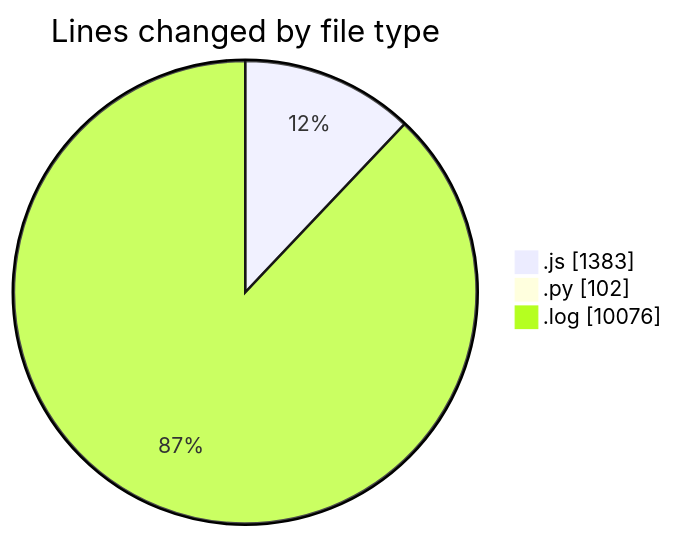
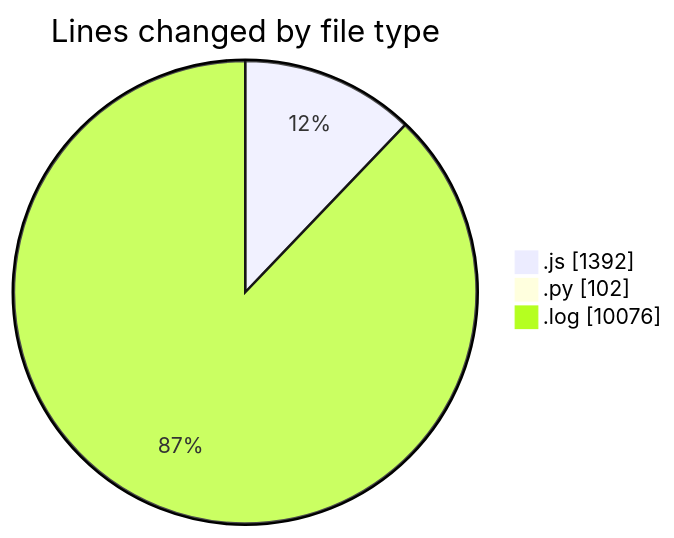
Before and after one commit to nxtqubesakshisongat/code-tracking: the first of 2 diagrams in 2025-04-14/nxtqube_webapp/README.md, drawn with Mermaid. The commit also changed other lines of this file and 1 other file, not shown here.

````diff
--- a/2025-04-14/nxtqube_webapp/README.md
+++ b/2025-04-14/nxtqube_webapp/README.md
@@ -26,7 +26,7 @@
 ```mermaid
 pie showData
 title Lines changed by file type
-".js" : 1383
+".js" : 1392
 ".py" : 102
 ".log" : 10076
 ```
````
